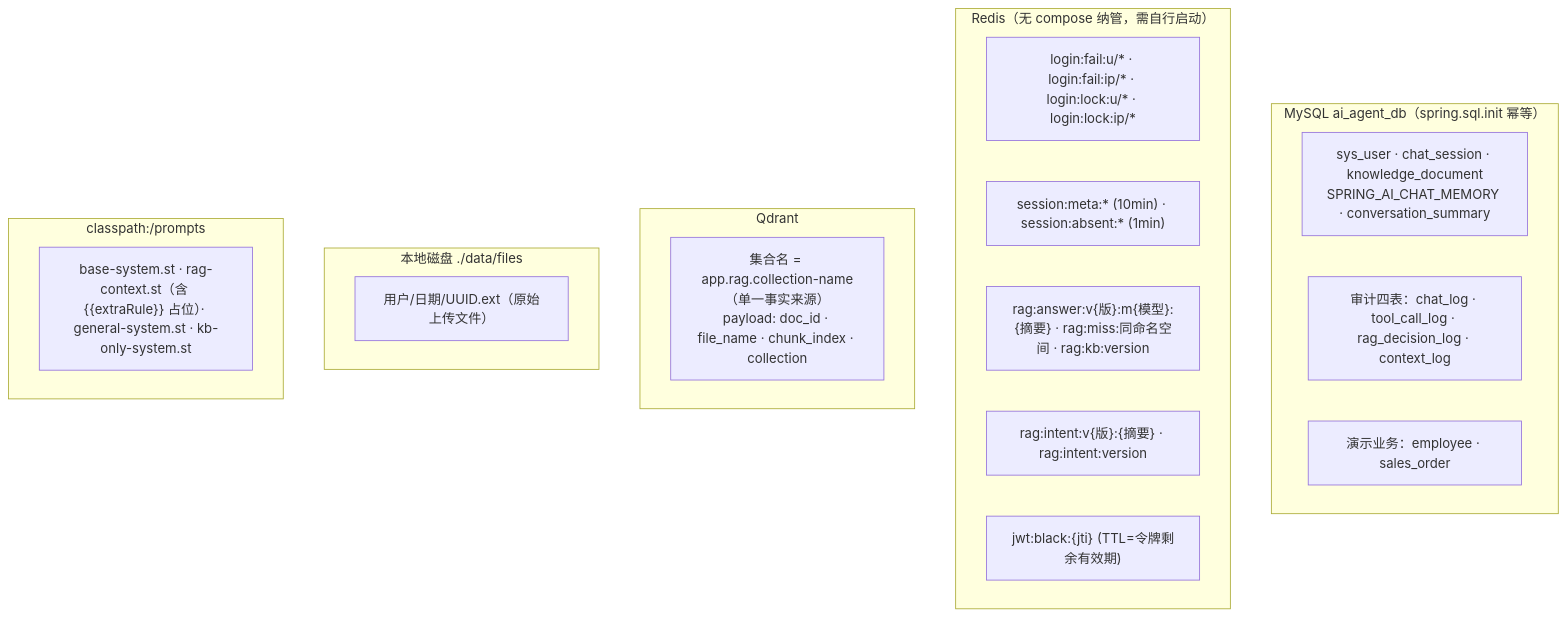
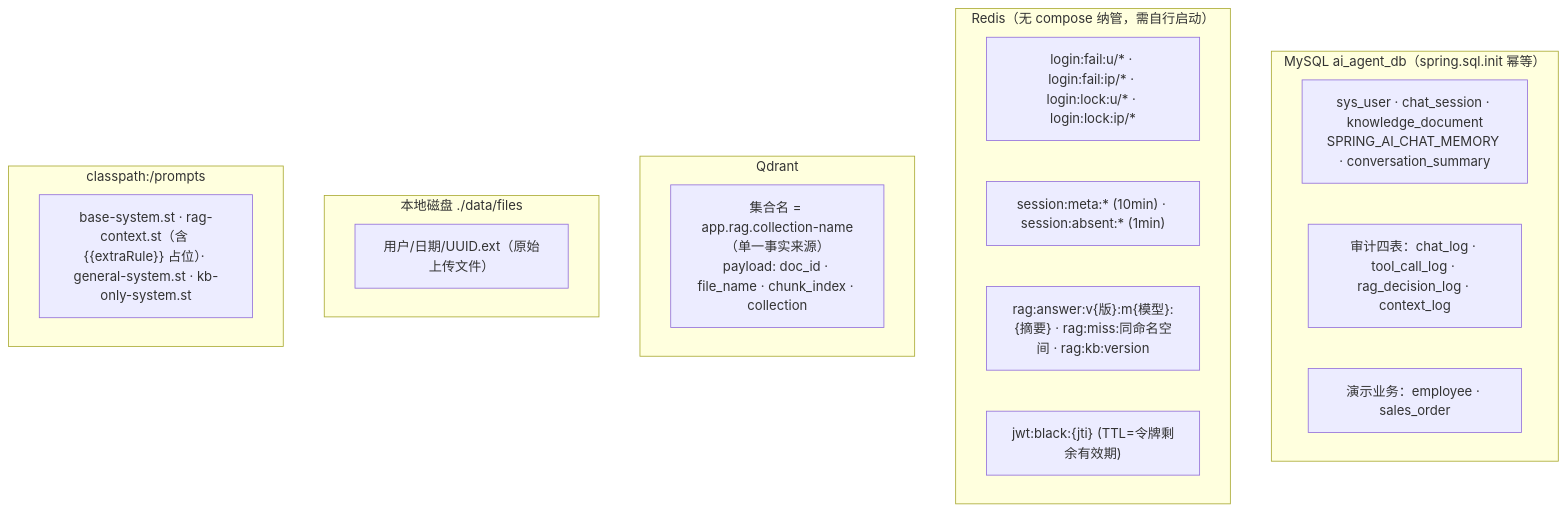
One commit to suiyile02/cc-ai-agent changed diagram 19 of 20 in docs/flow-map.md. Above: the diagram before and after it, drawn with Mermaid. The commit also changed other lines of this file and 16 other files, not shown here.

First line of the commit message:
refactor(rag)!: P3-7 B 批——意图路由结果缓存整体下线

````diff
--- a/docs/flow-map.md
+++ b/docs/flow-map.md
@@ -679,24 +677,23 @@
 ```mermaid
 flowchart TD
     subgraph MY["MySQL ai_agent_db（spring.sql.init 幂等）"]
         M1["sys_user · chat_session · knowledge_document<br/>SPRING_AI_CHAT_MEMORY · conversation_summary"]
         M2["审计四表：chat_log · tool_call_log · rag_decision_log · context_log"]
         M3["演示业务：employee · sales_order"]
     end
     subgraph RD["Redis（无 compose 纳管，需自行启动）"]
         K1["login:fail:u/* · login:fail:ip/* · login:lock:u/* · login:lock:ip/*"]
         K2["session:meta:* (10min) · session:absent:* (1min)"]
         K3["rag:answer:v{版}:m{模型}:{摘要} · rag:miss:同命名空间 · rag:kb:version"]
-        K4["rag:intent:v{版}:{摘要} · rag:intent:version"]
         K5["jwt:black:{jti} (TTL=令牌剩余有效期)"]
     end
     subgraph QD["Qdrant"]
         V1["集合名 = app.rag.collection-name（单一事实来源）<br/>payload: doc_id · file_name · chunk_index · collection"]
     end
     subgraph FS["本地磁盘 ./data/files"]
         F1["用户/日期/UUID.ext（原始上传文件）"]
     end
     subgraph PR["classpath:/prompts"]
         T1["base-system.st · rag-context.st（含 {{extraRule}} 占位）· general-system.st · kb-only-system.st"]
     end
 ```
````
